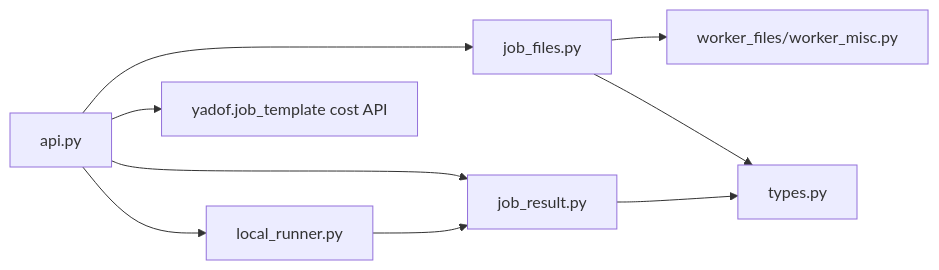
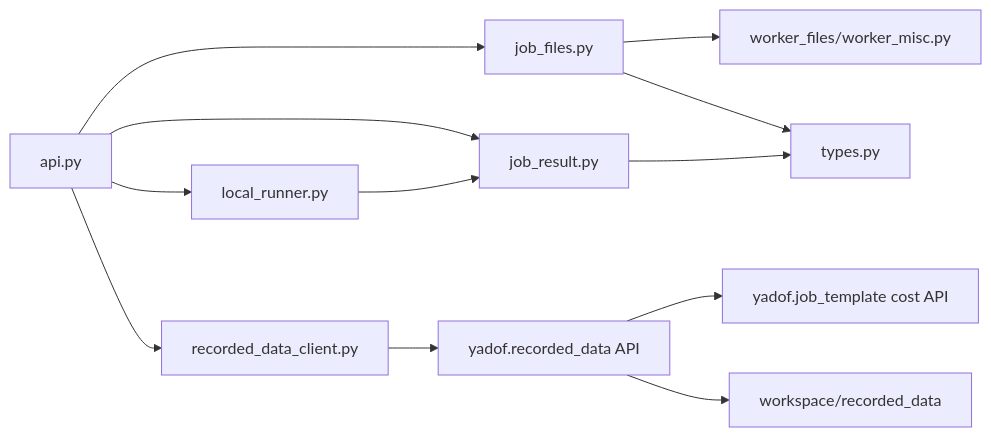
Before and after one commit to YS-Pan/yadof: the second of 7 diagrams in dev_doc/architecture/c4_component.md, drawn with Mermaid. The commit also changed other lines of this file and 33 other files, not shown here.

Commit message:
feat: add workspace-local recorded data

````diff
--- a/dev_doc/architecture/c4_component.md
+++ b/dev_doc/architecture/c4_component.md
@@ -71,11 +71,14 @@
 ```mermaid
 flowchart LR
     EvalAPI["api.py"] --> JobFiles["job_files.py"]
     EvalAPI --> LocalRunner["local_runner.py"]
     EvalAPI --> JobResult["job_result.py"]
     JobFiles --> WorkerFiles["worker_files/worker_misc.py"]
     JobFiles --> Types["types.py"]
     LocalRunner --> JobResult
     JobResult --> Types
-    EvalAPI --> DynamicCost["yadof.job_template cost API"]
+    EvalAPI --> RecordedClient["recorded_data_client.py"]
+    RecordedClient --> PackageRecorded["yadof.recorded_data API"]
+    PackageRecorded --> DynamicCost["yadof.job_template cost API"]
+    PackageRecorded --> WorkspaceHistory["workspace/recorded_data"]
 ```
````
